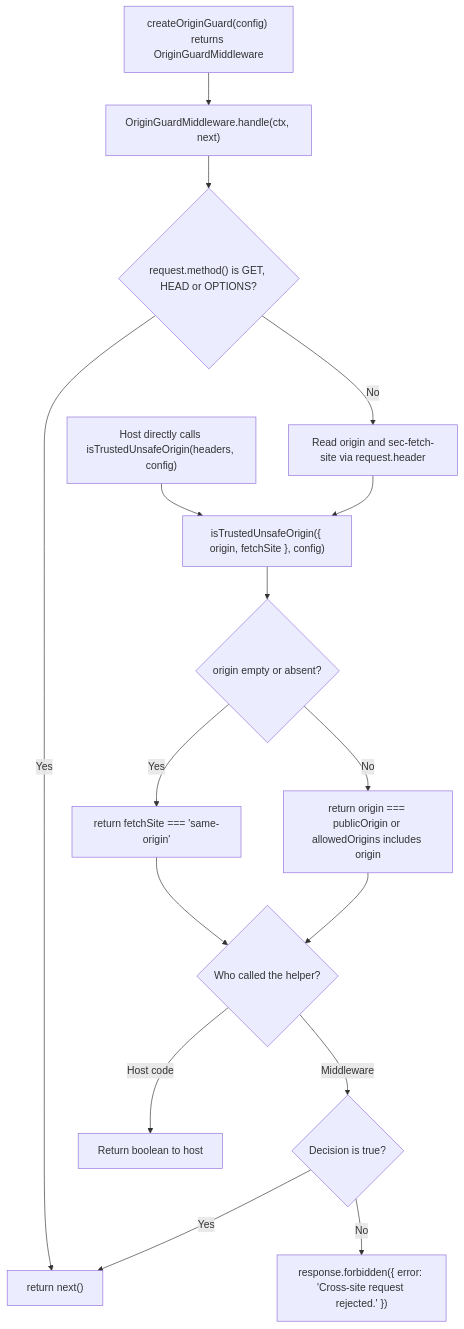
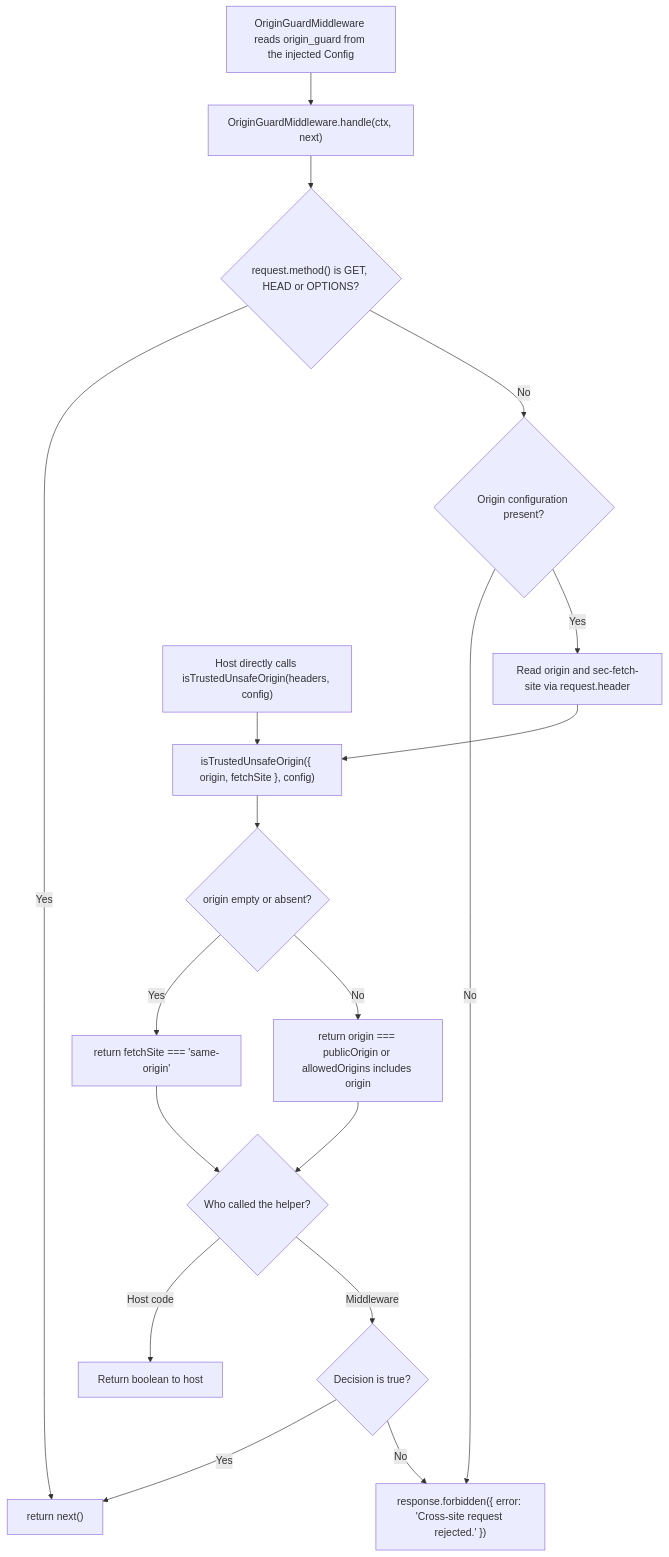
One commit to Kevinjohn/oss-adonisjs-origin-guard changed the second of 2 diagrams in user-stories/US-ORIGIN-01-refuse-cross-site-writes.md. Above: the diagram before and after it, drawn with Mermaid. The commit also changed other lines of this file and 39 other files, not shown here.

Commit message:
Install Origin Guard through AdonisJS configure

````diff
--- a/user-stories/US-ORIGIN-01-refuse-cross-site-writes.md
+++ b/user-stories/US-ORIGIN-01-refuse-cross-site-writes.md
@@ -47,18 +47,20 @@
 ```mermaid
 flowchart TD
-    P["createOriginGuard(config) returns OriginGuardMiddleware"] --> A["OriginGuardMiddleware.handle(ctx, next)"]
+    P["OriginGuardMiddleware reads origin_guard from the injected Config"] --> A["OriginGuardMiddleware.handle(ctx, next)"]
     A --> B{"request.method() is GET, HEAD or OPTIONS?"}
     B -->|Yes| N["return next()"]
-    B -->|No| R["Read origin and sec-fetch-site via request.header"]
+    B -->|No| X{"Origin configuration present?"}
+    X -->|No| H
+    X -->|Yes| R["Read origin and sec-fetch-site via request.header"]
     R --> C["isTrustedUnsafeOrigin({ origin, fetchSite }, config)"]
     A2["Host directly calls isTrustedUnsafeOrigin(headers, config)"] --> C
     C --> D{"origin empty or absent?"}
     D -->|Yes| E["return fetchSite === 'same-origin'"]
     D -->|No| F["return origin === publicOrigin or allowedOrigins includes origin"]
     E --> S{"Who called the helper?"}
     F --> S
     S -->|Host code| T["Return boolean to host"]
     S -->|Middleware| G{"Decision is true?"}
     G -->|Yes| N
     G -->|No| H["response.forbidden({ error: 'Cross-site request rejected.' })"]
 ```
````
